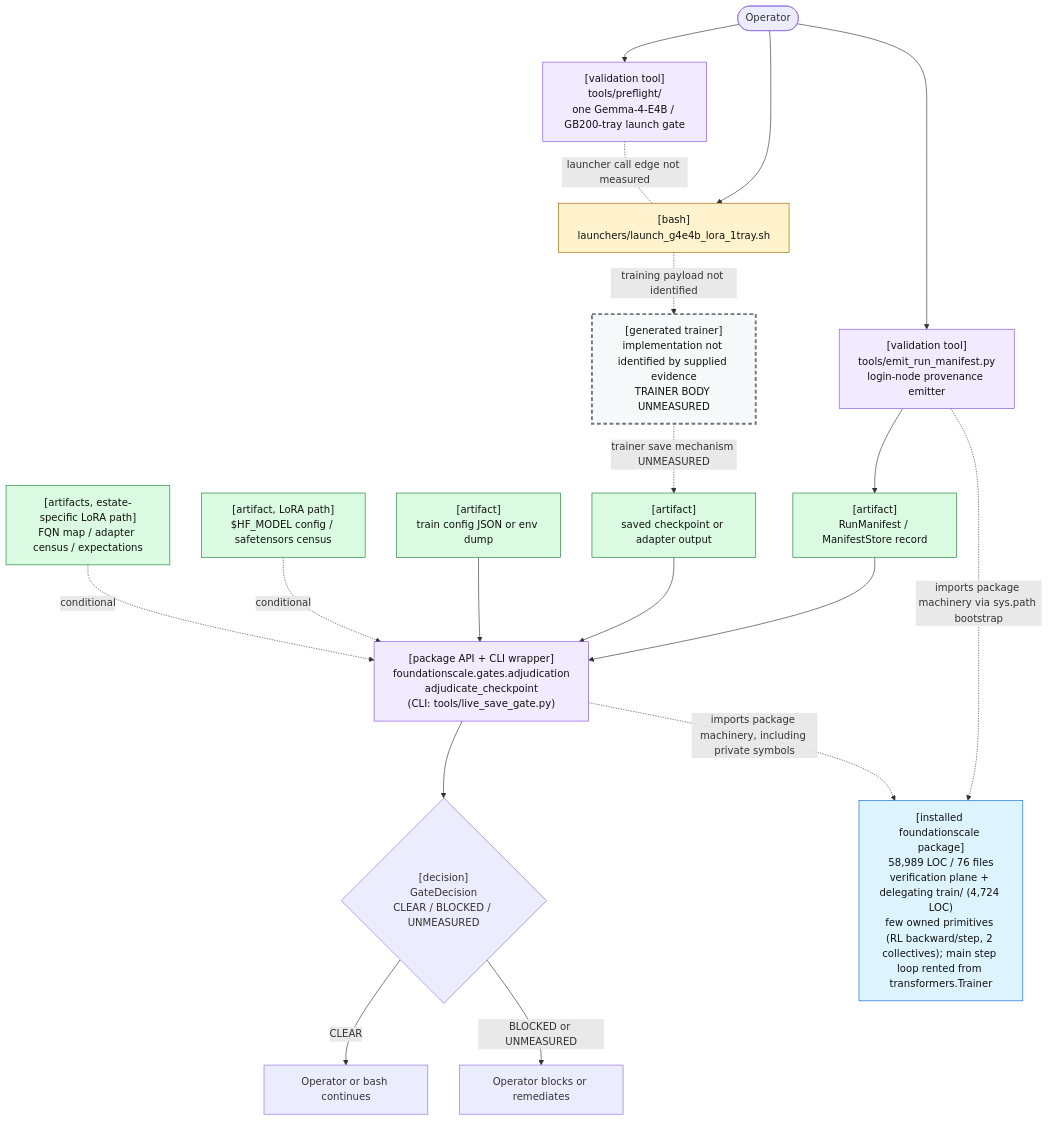
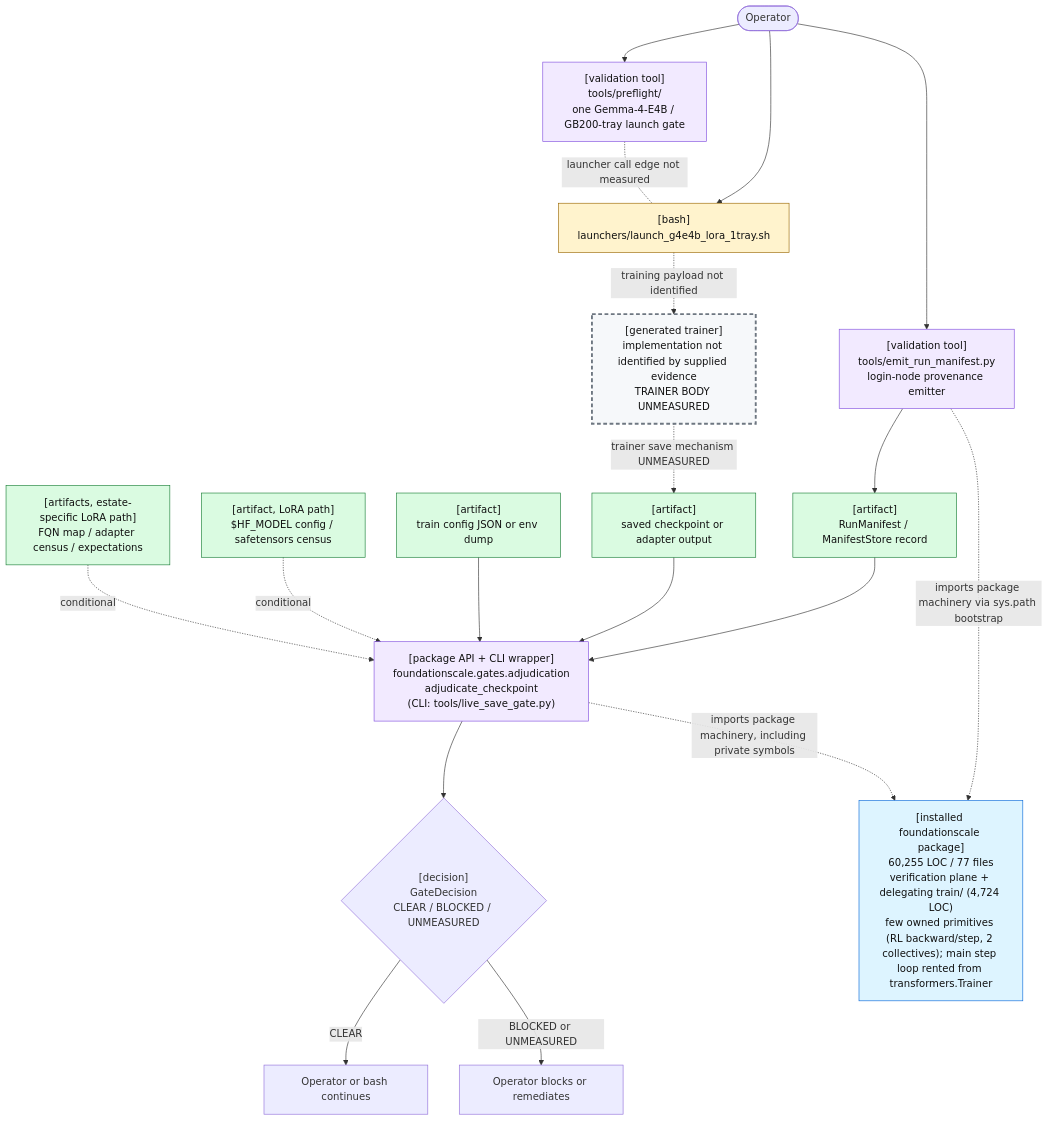
Before and after one commit to TranNhiem/FoundationScale: the first of 2 diagrams in docs/review/D2_current_architecture.md, drawn with Mermaid. The commit also changed other lines of this file and 14 other files, not shown here.

````diff
--- a/docs/review/D2_current_architecture.md
+++ b/docs/review/D2_current_architecture.md
@@ -25,59 +25,59 @@
 ```mermaid
 flowchart TB
   O(["Operator"])
 
   PF["[validation tool]<br/>tools/preflight/<br/>one Gemma-4-E4B / GB200-tray launch gate"]
   L["[bash]<br/>launchers/launch_g4e4b_lora_1tray.sh"]
 
   E["[validation tool]<br/>tools/emit_run_manifest.py<br/>login-node provenance emitter"]
   M["[artifact]<br/>RunManifest / ManifestStore record"]
 
   T["[generated trainer]<br/>implementation not identified by supplied evidence<br/>TRAINER BODY UNMEASURED"]
   C["[artifact]<br/>saved checkpoint or adapter output"]
 
   G["[package API + CLI wrapper]<br/>foundationscale.gates.adjudication<br/>adjudicate_checkpoint<br/>(CLI: tools/live_save_gate.py)"]
   CFG["[artifact]<br/>train config JSON or env dump"]
   BASE["[artifact, LoRA path]<br/>$HF_MODEL config / safetensors census"]
   CEN["[artifacts, estate-specific LoRA path]<br/>FQN map / adapter census / expectations"]
 
   D{"[decision]<br/>GateDecision<br/>CLEAR / BLOCKED / UNMEASURED"}
   OK["Operator or bash continues"]
   NO["Operator blocks or remediates"]
 
-  PKG["[installed foundationscale package]<br/>58,989 LOC / 76 files<br/>verification plane + delegating train/ (4,724 LOC)<br/>few owned primitives (RL backward/step, 2 collectives); main step loop rented from transformers.Trainer"]
+  PKG["[installed foundationscale package]<br/>60,255 LOC / 77 files<br/>verification plane + delegating train/ (4,724 LOC)<br/>few owned primitives (RL backward/step, 2 collectives); main step loop rented from transformers.Trainer"]
 
   O --> PF
   O --> L
   PF -. "launcher call edge not measured" .- L
 
   O --> E
   E --> M
 
   L -. "training payload not identified" .-> T
   T -. "trainer save mechanism UNMEASURED" .-> C
 
   M --> G
   C --> G
   CFG --> G
   BASE -. "conditional" .-> G
   CEN -. "conditional" .-> G
 
   E -. "imports package machinery via sys.path bootstrap" .-> PKG
   G -. "imports package machinery, including private symbols" .-> PKG
 
   G --> D
   D -->|"CLEAR"| OK
   D -->|"BLOCKED or UNMEASURED"| NO
 
   classDef bash fill:#fff3cd,stroke:#9a6700,color:#111;
   classDef tool fill:#f2eaff,stroke:#8250df,color:#111;
   classDef artifact fill:#dafbe1,stroke:#1a7f37,color:#111;
   classDef gap fill:#f6f8fa,stroke:#6e7781,stroke-width:3px,stroke-dasharray: 6 4,color:#111;
   classDef pkg fill:#ddf4ff,stroke:#0969da,color:#111;
 
   class L bash;
   class PF,E,G tool;
   class M,C,CFG,BASE,CEN artifact;
   class T gap;
   class PKG pkg;
 ```
````
